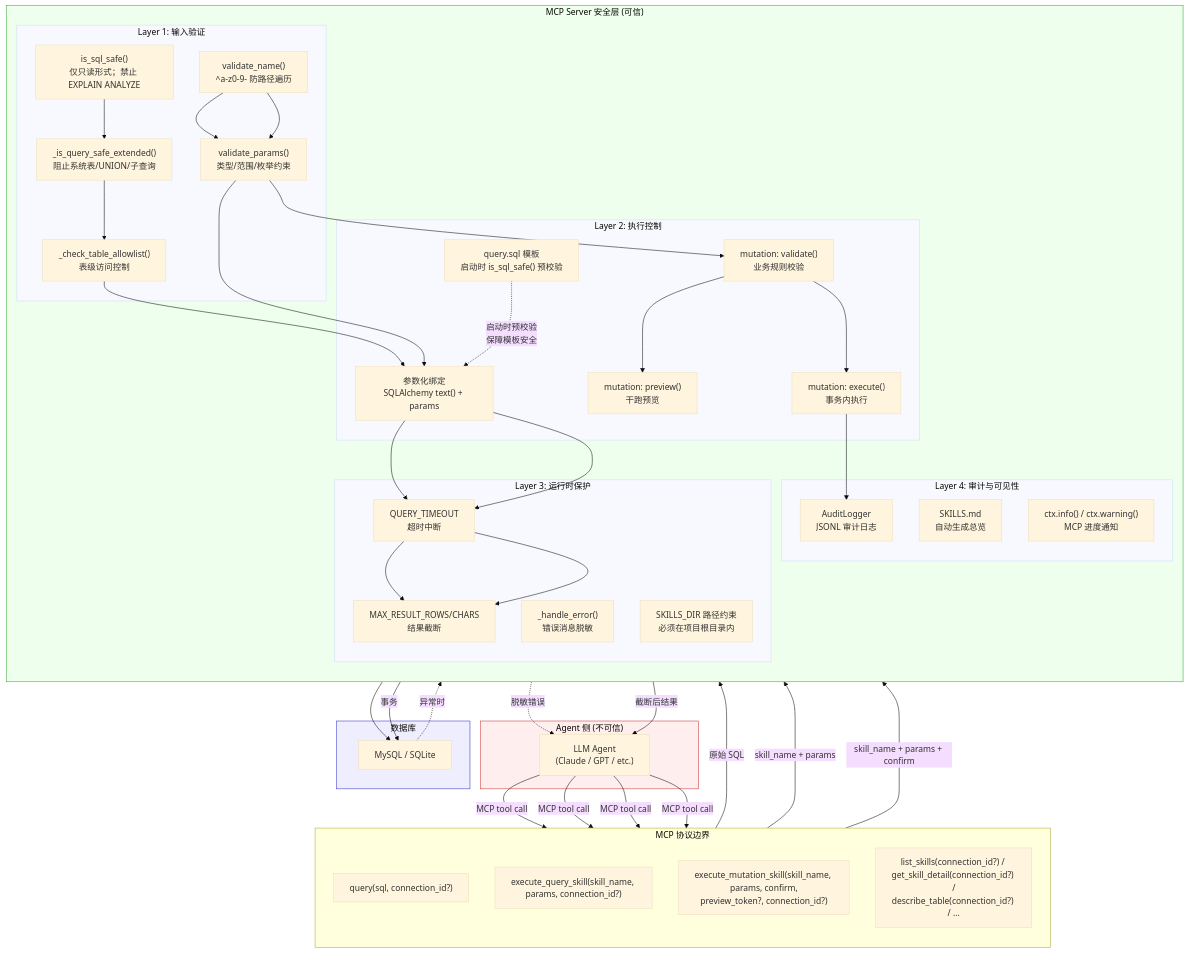
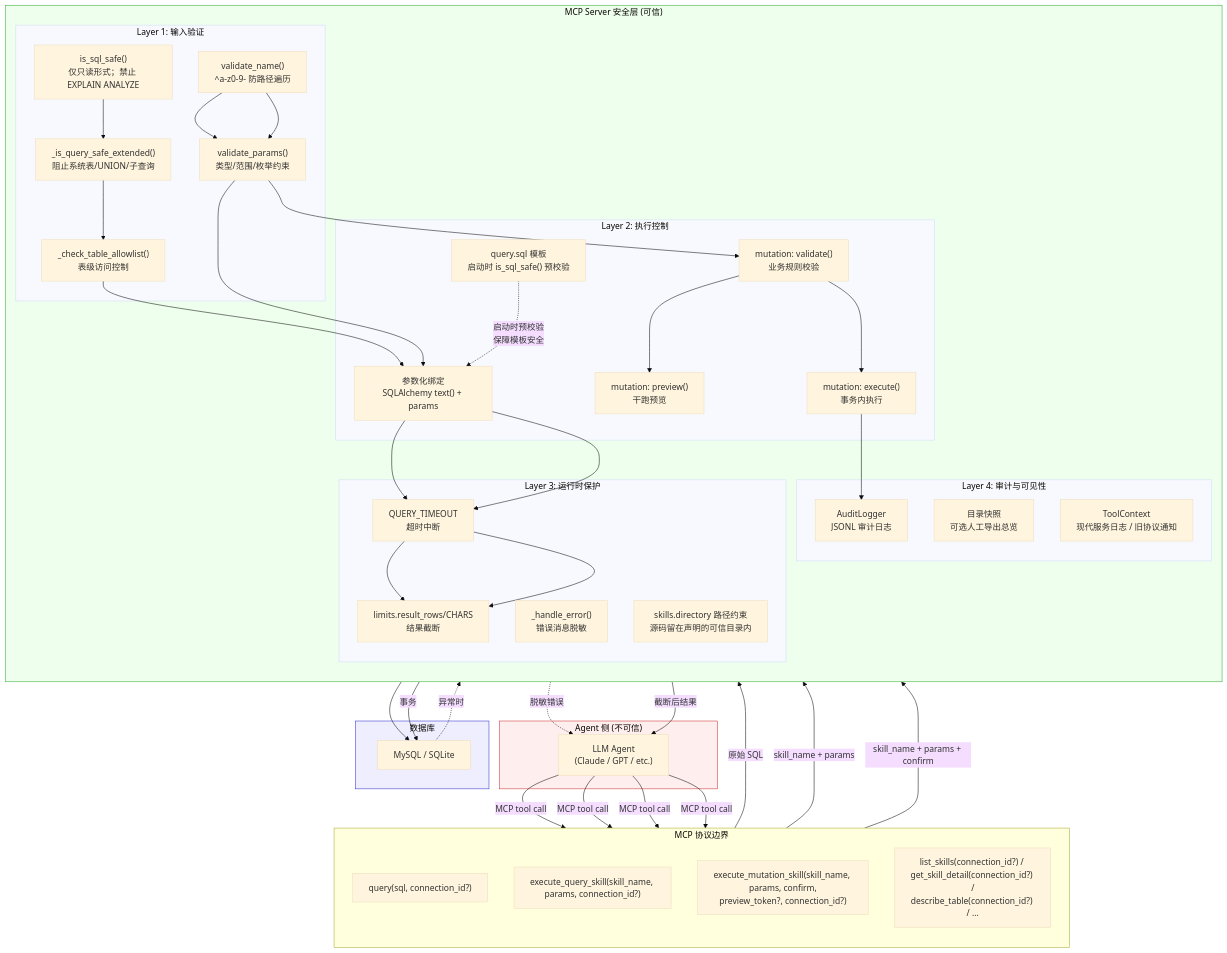
Before and after one commit to Firstmeridian/llm-sql-safety-executor-mcp: the first of 3 diagrams in README_ZH.md, drawn with Mermaid (base theme). The commit also changed other lines of this file and 271 other files, not shown here.

First line of the commit message:
refactor(v3.8.0)!: adopt FastMCP 4, TOML configuration file and refactor directory structure

````diff
--- a/README_ZH.md
+++ b/README_ZH.md
@@ -307,70 +318,70 @@
 ```mermaid
 flowchart TB
     subgraph Agent["Agent 侧 (不可信)"]
         A1["LLM Agent<br/>(Claude / GPT / etc.)"]
     end
 
     subgraph MCP["MCP 协议边界"]
         direction TB
         T1["query(sql, connection_id?)"]
         T2["execute_query_skill(skill_name, params, connection_id?)"]
         T3["execute_mutation_skill(skill_name, params, confirm,<br/>preview_token?, connection_id?)"]
         T4["list_skills(connection_id?) / get_skill_detail(connection_id?) /<br/>describe_table(connection_id?) / ..."]
     end
 
     subgraph Server["MCP Server 安全层 (可信)"]
         direction TB
 
         subgraph S1["Layer 1: 输入验证"]
             V1["is_sql_safe()<br/>仅只读形式；禁止 EXPLAIN ANALYZE"]
             V2["_is_query_safe_extended()<br/>阻止系统表/UNION/子查询"]
             V3["_check_table_allowlist()<br/>表级访问控制"]
             V4["validate_name()<br/>^a-z0-9- 防路径遍历"]
             V5["validate_params()<br/>类型/范围/枚举约束"]
         end
 
         subgraph S2["Layer 2: 执行控制"]
             E1["query.sql 模板<br/>启动时 is_sql_safe() 预校验"]
             E2["参数化绑定<br/>SQLAlchemy text() + params"]
             E3["mutation: validate()<br/>业务规则校验"]
             E4["mutation: preview()<br/>干跑预览"]
             E5["mutation: execute()<br/>事务内执行"]
         end
 
         subgraph S3["Layer 3: 运行时保护"]
             R1["QUERY_TIMEOUT<br/>超时中断"]
-            R2["MAX_RESULT_ROWS/CHARS<br/>结果截断"]
+            R2["limits.result_rows/CHARS<br/>结果截断"]
             R3["_handle_error()<br/>错误消息脱敏"]
-            R4["SKILLS_DIR 路径约束<br/>必须在项目根目录内"]
+            R4["skills.directory 路径约束<br/>源码留在声明的可信目录内"]
         end
 
         subgraph S4["Layer 4: 审计与可见性"]
             AU1["AuditLogger<br/>JSONL 审计日志"]
-            AU2["SKILLS.md<br/>自动生成总览"]
-            AU3["ctx.info() / ctx.warning()<br/>MCP 进度通知"]
+            AU2["目录快照<br/>可选人工导出总览"]
+            AU3["ToolContext<br/>现代服务日志 / 旧协议通知"]
         end
     end
 
     subgraph DB["数据库"]
         DB1["MySQL / SQLite"]
     end
 
     A1 -->|"MCP tool call"| T1 & T2 & T3 & T4
 
     T1 -->|"原始 SQL"| V1 --> V2 --> V3 --> E2 --> R1 --> R2
     T2 -->|"skill_name + params"| V4 --> V5 --> E2 --> R1 --> R2
     E1 -.->|"启动时预校验<br/>保障模板安全"| E2
     T3 -->|"skill_name + params + confirm"| V4 --> V5 --> E3 --> E4 & E5
 
     E2 --> DB1
     E5 -->|"事务"| DB1
     E5 --> AU1
 
     DB1 -.->|"异常时"| R3 -.->|"脱敏错误"| A1
     R2 -->|"截断后结果"| A1
 
     style Agent fill:#fee,stroke:#c33
     style Server fill:#efe,stroke:#3a3
     style DB fill:#eef,stroke:#33c
     style MCP fill:#ffd,stroke:#aa3
 ```
````
